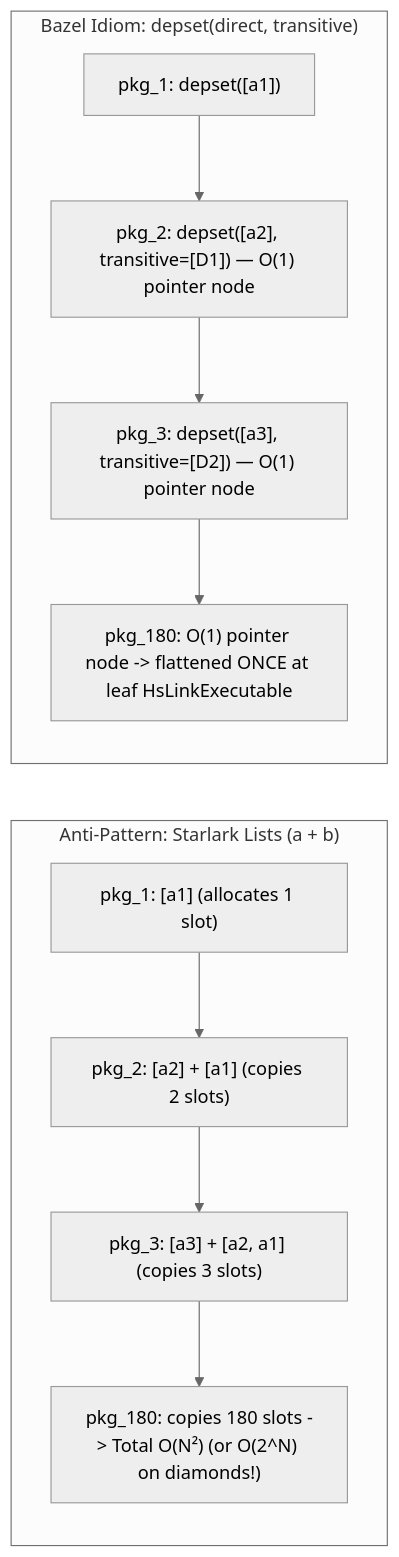
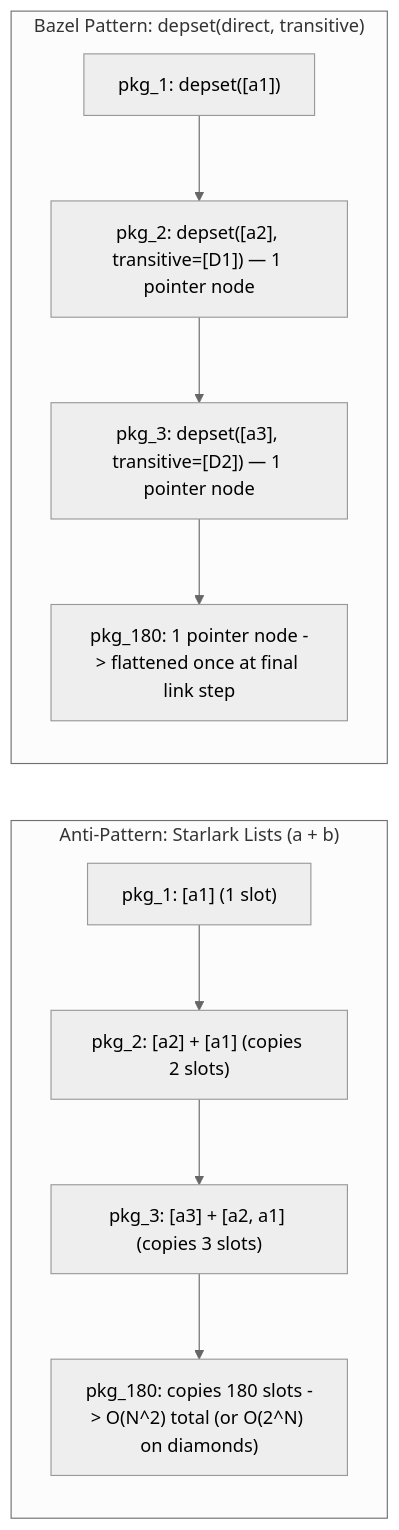
One commit to kaycebasques/hs changed the third of 4 diagrams in docs/content/internals/bazel-rules-primer.md. Above: the diagram before and after it, drawn with Mermaid (neutral theme). The commit also changed other lines of this file and 3 other files, not shown here.

````diff
--- a/docs/content/internals/bazel-rules-primer.md
+++ b/docs/content/internals/bazel-rules-primer.md
@@ -346,14 +385,14 @@
 ```mermaid
 flowchart LR
     subgraph Bad["Anti-Pattern: Starlark Lists (a + b)"]
-        L1["pkg_1: [a1] (allocates 1 slot)"] --> L2["pkg_2: [a2] + [a1] (copies 2 slots)"]
+        L1["pkg_1: [a1] (1 slot)"] --> L2["pkg_2: [a2] + [a1] (copies 2 slots)"]
         L2 --> L3["pkg_3: [a3] + [a2, a1] (copies 3 slots)"]
-        L3 --> LN["pkg_180: copies 180 slots -> Total O(N²) (or O(2^N) on diamonds!)"]
+        L3 --> LN["pkg_180: copies 180 slots -> O(N^2) total (or O(2^N) on diamonds)"]
     end
 
-    subgraph Good["Bazel Idiom: depset(direct, transitive)"]
-        D1["pkg_1: depset([a1])"] --> D2["pkg_2: depset([a2], transitive=[D1]) — O(1) pointer node"]
-        D2 --> D3["pkg_3: depset([a3], transitive=[D2]) — O(1) pointer node"]
-        D3 --> DN["pkg_180: O(1) pointer node -> flattened ONCE at leaf HsLinkExecutable"]
+    subgraph Good["Bazel Pattern: depset(direct, transitive)"]
+        D1["pkg_1: depset([a1])"] --> D2["pkg_2: depset([a2], transitive=[D1]) — 1 pointer node"]
+        D2 --> D3["pkg_3: depset([a3], transitive=[D2]) — 1 pointer node"]
+        D3 --> DN["pkg_180: 1 pointer node -> flattened once at final link step"]
     end
 ```
````
